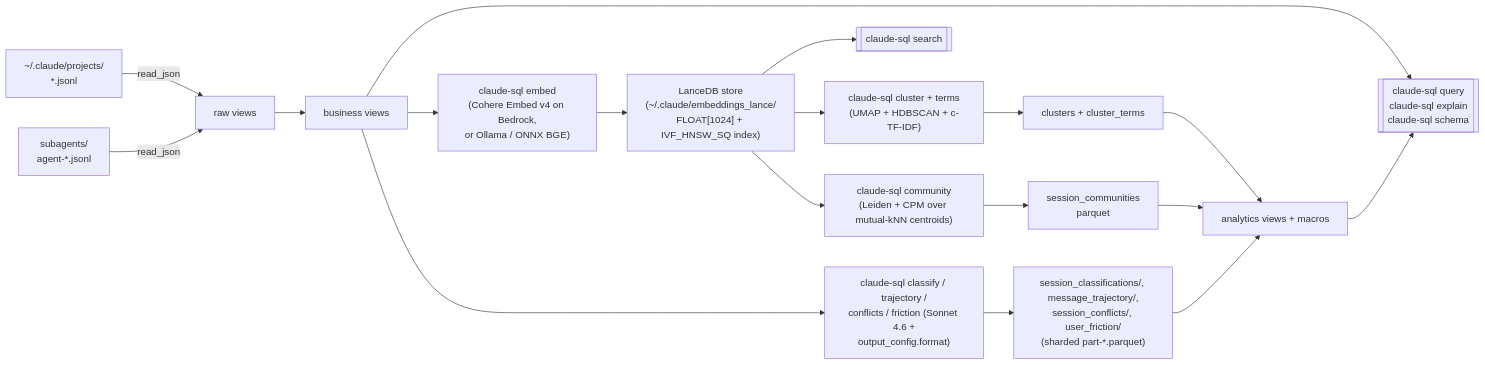
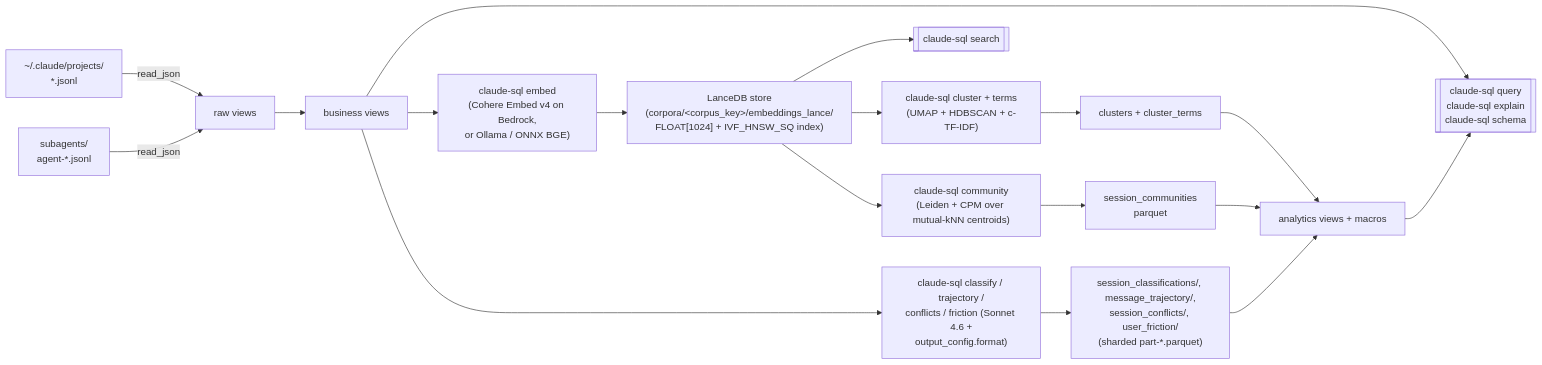
The diagram in README.md (theagenticguy/claude-sql), drawn with Mermaid before and after one commit. The commit also changed other lines of this file and 12 other files, not shown here.

First line of the commit message:
fix(settings): corpus-scope the analytics caches under corpora/<corpus_key>/ (#168)

````diff
--- a/README.md
+++ b/README.md
@@ -77,20 +77,20 @@
 ```mermaid
 flowchart LR
     J["~/.claude/projects/<br/>*.jsonl"] -->|read_json| R[raw views]
     J2["subagents/<br/>agent-*.jsonl"] -->|read_json| R
     R --> V[business views]
     V --> Q[["claude-sql query<br/>claude-sql explain<br/>claude-sql schema"]]
     V --> E["claude-sql embed<br/>(Cohere Embed v4 on Bedrock,<br/>or Ollama / ONNX BGE)"]
-    E --> P["LanceDB store<br/>(~/.claude/embeddings_lance/<br/>FLOAT[1024] + IVF_HNSW_SQ index)"]
+    E --> P["LanceDB store<br/>(corpora/&lt;corpus_key&gt;/embeddings_lance/<br/>FLOAT[1024] + IVF_HNSW_SQ index)"]
     P --> S[["claude-sql search"]]
     V --> L["claude-sql classify / trajectory /<br/>conflicts / friction (Sonnet 4.6 +<br/>output_config.format)"]
     L --> PA["session_classifications/, message_trajectory/,<br/>session_conflicts/, user_friction/<br/>(sharded part-*.parquet)"]
     P --> C["claude-sql cluster + terms<br/>(UMAP + HDBSCAN + c-TF-IDF)"]
     C --> PC["clusters + cluster_terms"]
     P --> CM["claude-sql community<br/>(Leiden + CPM over mutual-kNN centroids)"]
     CM --> PM["session_communities<br/>parquet"]
     PA --> AV[analytics views + macros]
     PC --> AV
     PM --> AV
     AV --> Q
 ```
````
